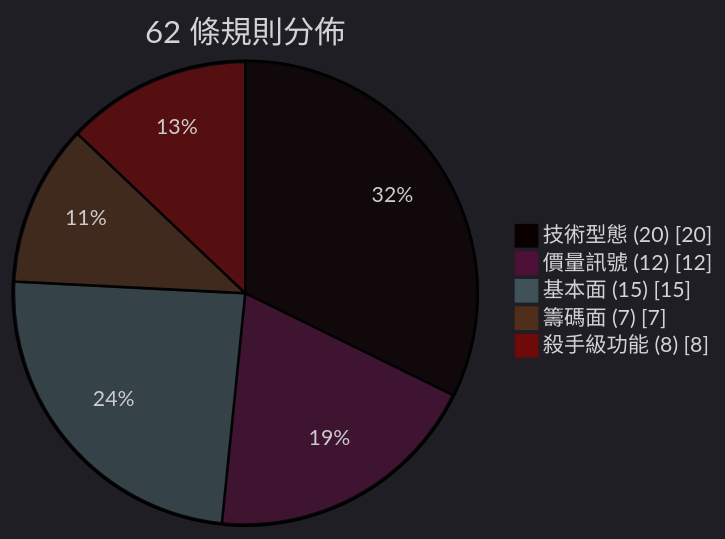
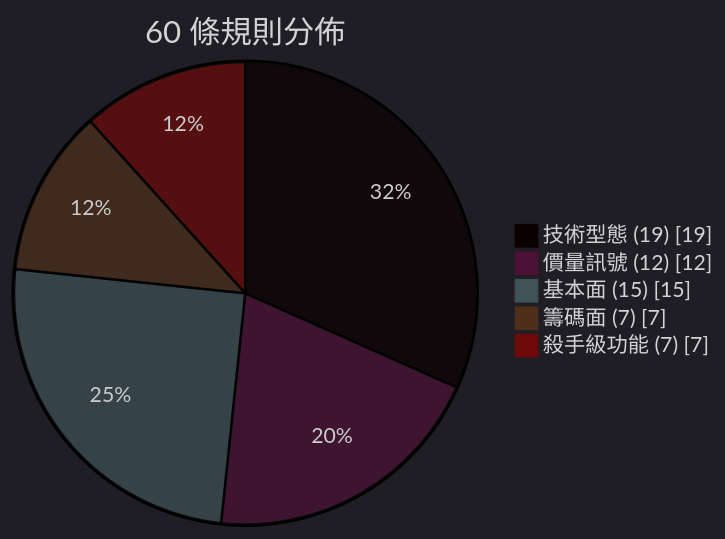
One commit to Neal75418/afterclose changed the second of 2 diagrams in README.md. Above: the diagram before and after it, drawn with Mermaid. The commit also changed other lines of this file and 2 other files, not shown here.

Commit message:
docs: fix rule count 62→60, score cap 100→80, section headers
- Revert rule count from 62 to 60 across all docs (62 is ReasonType
  enum count, 60 is actual rule class count — DojiRule and
  InstitutionalShiftRule each produce 2 reason types from 1 class)
- Fix README score cap: 100→80 (matches RuleScores.maxScore)
- Remove hardcoded counts from RULE_ENGINE section headers to
  avoid maintenance burden (pie chart is authoritative)
- Fix sub-section headers to match table row counts

````diff
--- a/README.md
+++ b/README.md
@@ -175,9 +175,9 @@
 ```mermaid
 %%{init: {'theme': 'dark'}}%%
-pie showData title 62 條規則分佈
-    "技術型態 (20)" : 20
+pie showData title 60 條規則分佈
+    "技術型態 (19)" : 19
     "價量訊號 (12)" : 12
     "基本面 (15)" : 15
     "籌碼面 (7)" : 7
-    "殺手級功能 (8)" : 8
+    "殺手級功能 (7)" : 7
 ```
````
